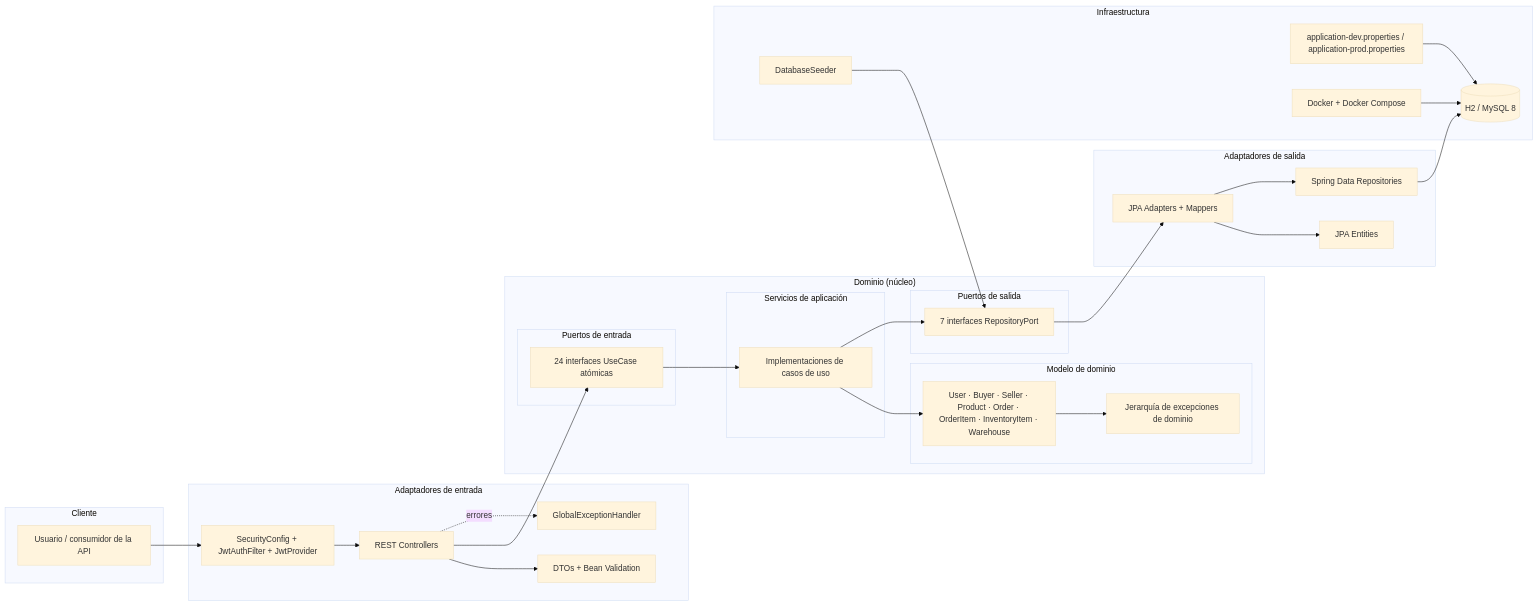
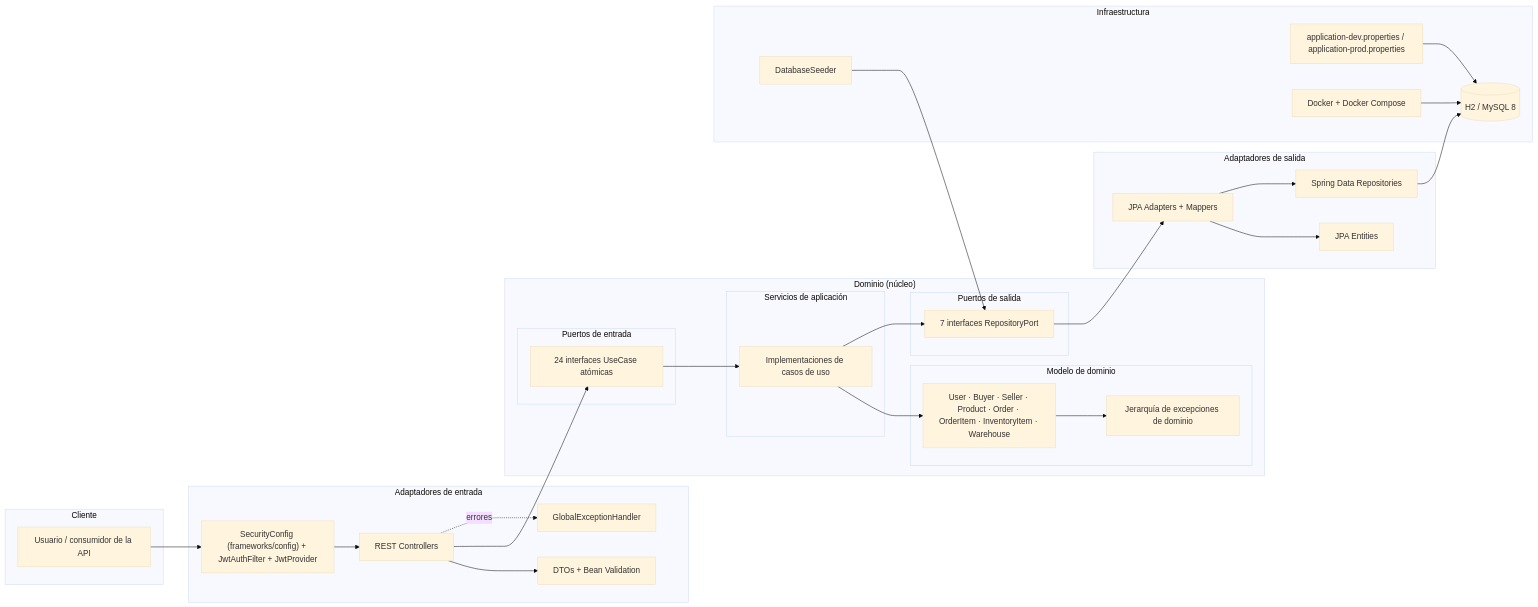
The first of 3 diagrams in SDD/02-Arquitectura.md (Combatt11/Tradehub1), drawn with Mermaid (base theme) before and after one commit. The commit also changed other lines of this file and 185 other files, not shown here.

Commit message:
refactor(architecture): align package structure with clean architecture principles

````diff
--- a/SDD/02-Arquitectura.md
+++ b/SDD/02-Arquitectura.md
@@ -47,59 +49,59 @@
 ```mermaid
 flowchart LR
   subgraph Cliente["Cliente"]
     USER["Usuario / consumidor de la API"]
   end
 
   subgraph Entrada["Adaptadores de entrada"]
-    SEC["SecurityConfig + JwtAuthFilter + JwtProvider"]
+    SEC["SecurityConfig (frameworks/config) + JwtAuthFilter + JwtProvider"]
     REST["REST Controllers"]
     DTO["DTOs + Bean Validation"]
     HANDLER["GlobalExceptionHandler"]
   end
 
   subgraph Dominio["Dominio (núcleo)"]
     subgraph PuertosIn["Puertos de entrada"]
       PIN["24 interfaces UseCase atómicas"]
     end
     subgraph Servicios["Servicios de aplicación"]
       SVC["Implementaciones de casos de uso"]
     end
     subgraph Modelo["Modelo de dominio"]
       MODELS["User · Buyer · Seller · Product · Order · OrderItem · InventoryItem · Warehouse"]
       EXC["Jerarquía de excepciones de dominio"]
     end
     subgraph PuertosOut["Puertos de salida"]
       POUT["7 interfaces RepositoryPort"]
     end
   end
 
   subgraph Salida["Adaptadores de salida"]
     JPA["JPA Adapters + Mappers"]
     ENT["JPA Entities"]
     SD["Spring Data Repositories"]
   end
 
   subgraph Infra["Infraestructura"]
     DB[("H2 / MySQL 8")]
     SEED["DatabaseSeeder"]
     PROPS["application-dev.properties / application-prod.properties"]
     DOCKER["Docker + Docker Compose"]
   end
 
   USER --> SEC
   SEC --> REST
   REST --> DTO
   REST --> PIN
   REST -. errores .-> HANDLER
   PIN --> SVC
   SVC --> MODELS
   MODELS --> EXC
   SVC --> POUT
   POUT --> JPA
   JPA --> ENT
   JPA --> SD
   SD --> DB
   SEED --> POUT
   PROPS --> DB
   DOCKER --> DB
 ```
````
